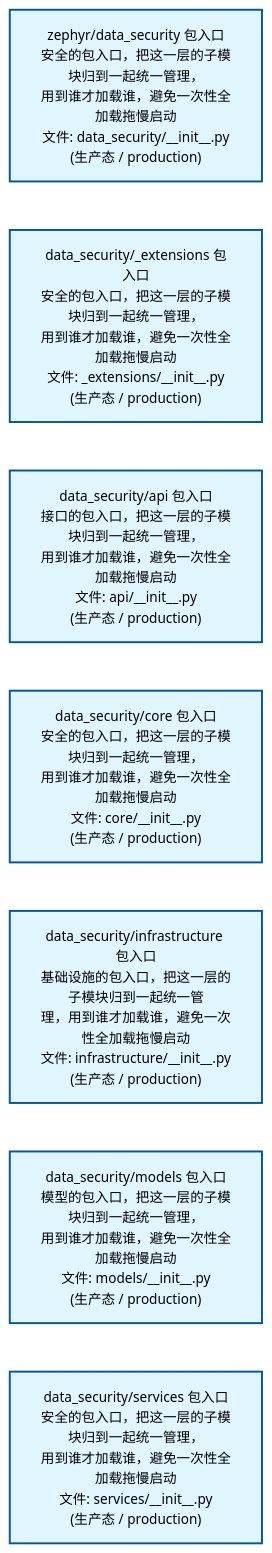
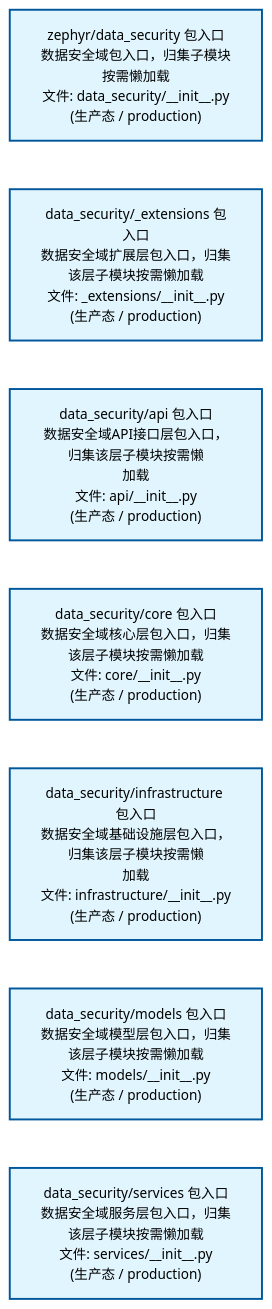
One commit to xuanFelixVan/ZephyrAlpha changed the second of 2 diagrams in docs/02_enterprise_architecture/02_domain_architecture_docs/14_d_data_sec.md. Above: the diagram before and after it, drawn with Mermaid. The commit also changed other lines of this file and 63 other files, not shown here.

````diff
--- a/docs/02_enterprise_architecture/02_domain_architecture_docs/14_d_data_sec.md
+++ b/docs/02_enterprise_architecture/02_domain_architecture_docs/14_d_data_sec.md
@@ -80,22 +80,22 @@
 ```mermaid
 %%{init: {'theme': 'base', 'themeVariables': {'primaryColor': '#eaeaea', 'primaryTextColor': '#333333', 'primaryBorderColor': '#666666', 'lineColor': '#666666', 'secondaryColor': '#eaeaea', 'tertiaryColor': '#eaeaea', 'fontSize': '14px'}}}%%
 flowchart TD
-    src_zephyr_data_security_init_py["zephyr/data_security 包入口<br/>安全的包入口，把这一层的子模块归到一起统一管理，<br/>用到谁才加载谁，避免一次性全加载拖慢启动<br/>文件: data_security/__init__.py<br/>(生产态 / production)"]
-    src_zephyr_data_security_extensions_init_py["data_security/_extensions 包入口<br/>安全的包入口，把这一层的子模块归到一起统一管理，<br/>用到谁才加载谁，避免一次性全加载拖慢启动<br/>文件: _extensions/__init__.py<br/>(生产态 / production)"]
-    src_zephyr_data_security_api_init_py["data_security/api 包入口<br/>接口的包入口，把这一层的子模块归到一起统一管理，<br/>用到谁才加载谁，避免一次性全加载拖慢启动<br/>文件: api/__init__.py<br/>(生产态 / production)"]
-    src_zephyr_data_security_core_init_py["data_security/core 包入口<br/>安全的包入口，把这一层的子模块归到一起统一管理，<br/>用到谁才加载谁，避免一次性全加载拖慢启动<br/>文件: core/__init__.py<br/>(生产态 / production)"]
-    src_zephyr_data_security_infrastructure_init_py["data_security/infrastructure 包入口<br/>基础设施的包入口，把这一层的子模块归到一起统一管<br/>理，用到谁才加载谁，避免一次性全加载拖慢启动<br/>文件: infrastructure/__init__.py<br/>(生产态 / production)"]
-    src_zephyr_data_security_models_init_py["data_security/models 包入口<br/>模型的包入口，把这一层的子模块归到一起统一管理，<br/>用到谁才加载谁，避免一次性全加载拖慢启动<br/>文件: models/__init__.py<br/>(生产态 / production)"]
-    src_zephyr_data_security_services_init_py["data_security/services 包入口<br/>安全的包入口，把这一层的子模块归到一起统一管理，<br/>用到谁才加载谁，避免一次性全加载拖慢启动<br/>文件: services/__init__.py<br/>(生产态 / production)"]
+    src_zephyr_data_security_init_py["zephyr/data_security 包入口<br/>数据安全域包入口，归集子模块按需懒加载<br/>文件: data_security/__init__.py<br/>(生产态 / production)"]
+    src_zephyr_data_security_extensions_init_py["data_security/_extensions 包入口<br/>数据安全域扩展层包入口，归集该层子模块按需懒加载<br/>文件: _extensions/__init__.py<br/>(生产态 / production)"]
+    src_zephyr_data_security_api_init_py["data_security/api 包入口<br/>数据安全域API接口层包入口，归集该层子模块按需懒<br/>加载<br/>文件: api/__init__.py<br/>(生产态 / production)"]
+    src_zephyr_data_security_core_init_py["data_security/core 包入口<br/>数据安全域核心层包入口，归集该层子模块按需懒加载<br/>文件: core/__init__.py<br/>(生产态 / production)"]
+    src_zephyr_data_security_infrastructure_init_py["data_security/infrastructure 包入口<br/>数据安全域基础设施层包入口，归集该层子模块按需懒<br/>加载<br/>文件: infrastructure/__init__.py<br/>(生产态 / production)"]
+    src_zephyr_data_security_models_init_py["data_security/models 包入口<br/>数据安全域模型层包入口，归集该层子模块按需懒加载<br/>文件: models/__init__.py<br/>(生产态 / production)"]
+    src_zephyr_data_security_services_init_py["data_security/services 包入口<br/>数据安全域服务层包入口，归集该层子模块按需懒加载<br/>文件: services/__init__.py<br/>(生产态 / production)"]
     src_zephyr_data_security_init_py ~~~ src_zephyr_data_security_extensions_init_py
     src_zephyr_data_security_extensions_init_py ~~~ src_zephyr_data_security_api_init_py
     src_zephyr_data_security_api_init_py ~~~ src_zephyr_data_security_core_init_py
     src_zephyr_data_security_core_init_py ~~~ src_zephyr_data_security_infrastructure_init_py
     src_zephyr_data_security_infrastructure_init_py ~~~ src_zephyr_data_security_models_init_py
     src_zephyr_data_security_models_init_py ~~~ src_zephyr_data_security_services_init_py
     classDef production fill:#e1f5fe,stroke:#01579b,stroke-width:2px,color:#000
     classDef design fill:#fff3e0,stroke:#e65100,stroke-width:2px,color:#000,stroke-dasharray: 5 5
     classDef external_prod fill:#e8f4fd,stroke:#0277bd,stroke-width:1px,color:#000
     classDef external_design fill:#fff8e7,stroke:#ef6c00,stroke-width:1px,color:#000,stroke-dasharray: 5 5
     class src_zephyr_data_security_init_py,src_zephyr_data_security_extensions_init_py,src_zephyr_data_security_api_init_py,src_zephyr_data_security_core_init_py,src_zephyr_data_security_infrastructure_init_py,src_zephyr_data_security_models_init_py,src_zephyr_data_security_services_init_py production
 ```
````
